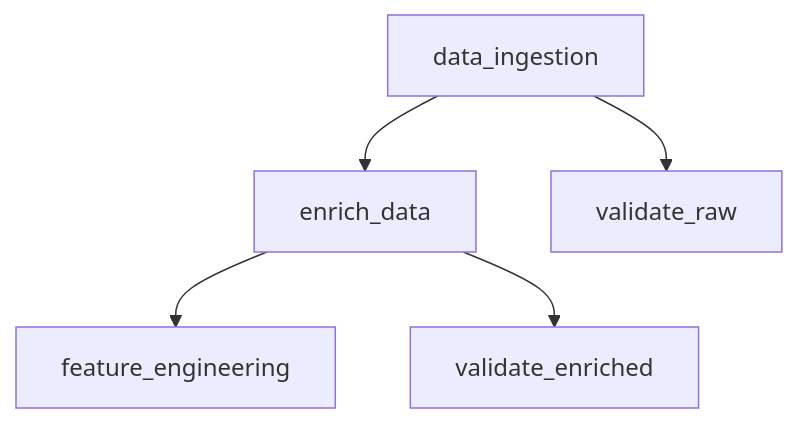
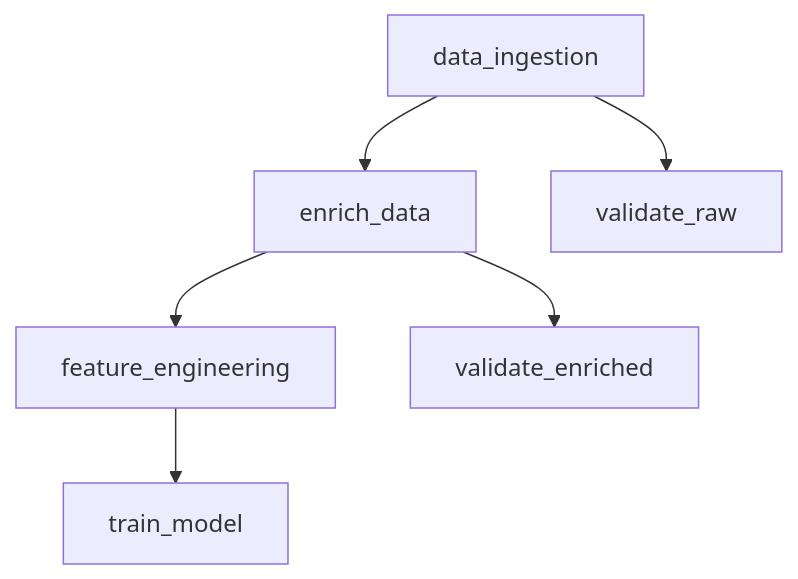
One commit to SebastianGarrido2790/ai-ml-telecom-customer-churn changed the diagram in .dvc/tmp/dag.md. Above: the diagram before and after it, drawn with Mermaid. The commit also changed 24 other files, not shown here.

````diff
--- a/.dvc/tmp/dag.md
+++ b/.dvc/tmp/dag.md
@@ -1,12 +1,14 @@
 ```mermaid
 flowchart TD
 	node1["data_ingestion"]
 	node2["enrich_data"]
 	node3["feature_engineering"]
-	node4["validate_enriched"]
-	node5["validate_raw"]
+	node4["train_model"]
+	node5["validate_enriched"]
+	node6["validate_raw"]
 	node1-->node2
-	node1-->node5
+	node1-->node6
 	node2-->node3
-	node2-->node4
+	node2-->node5
+	node3-->node4
 ```
````
